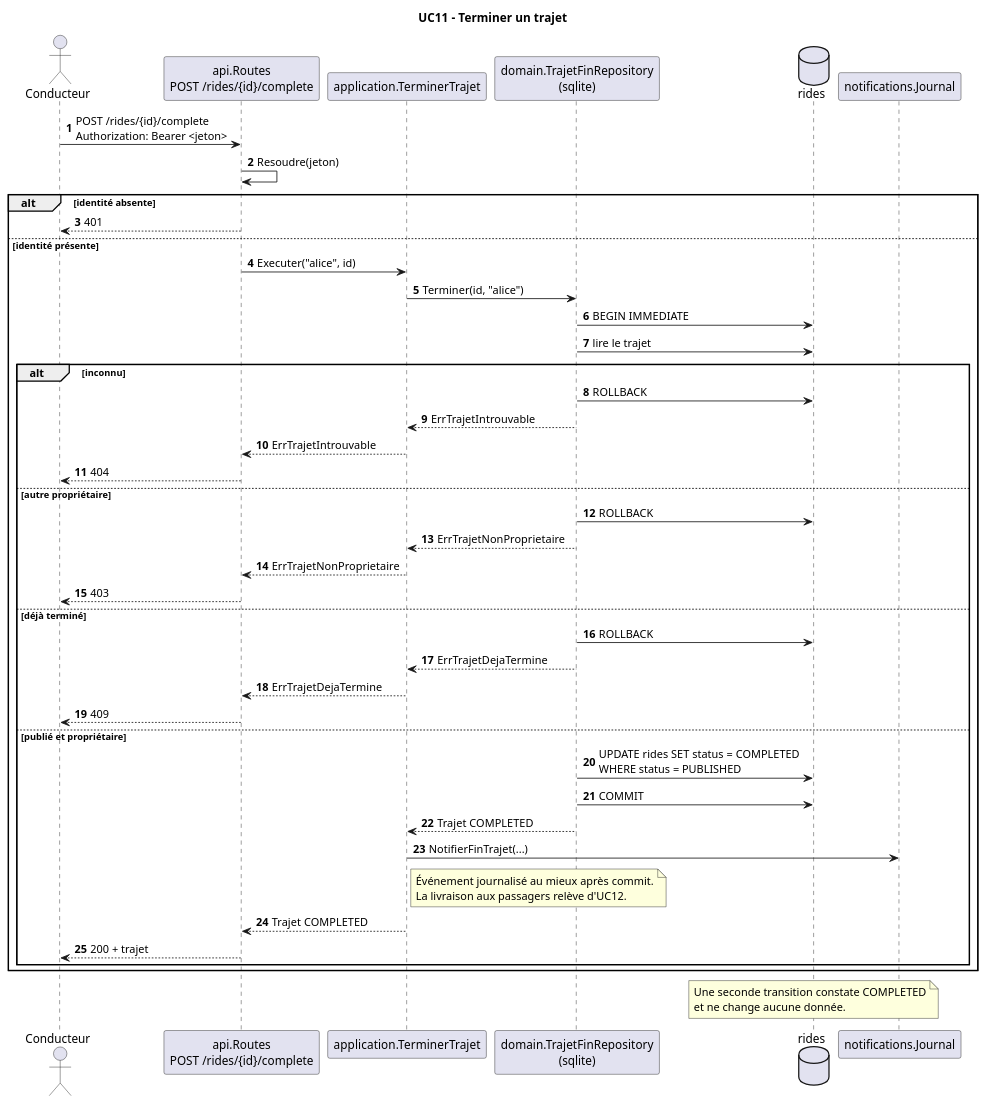
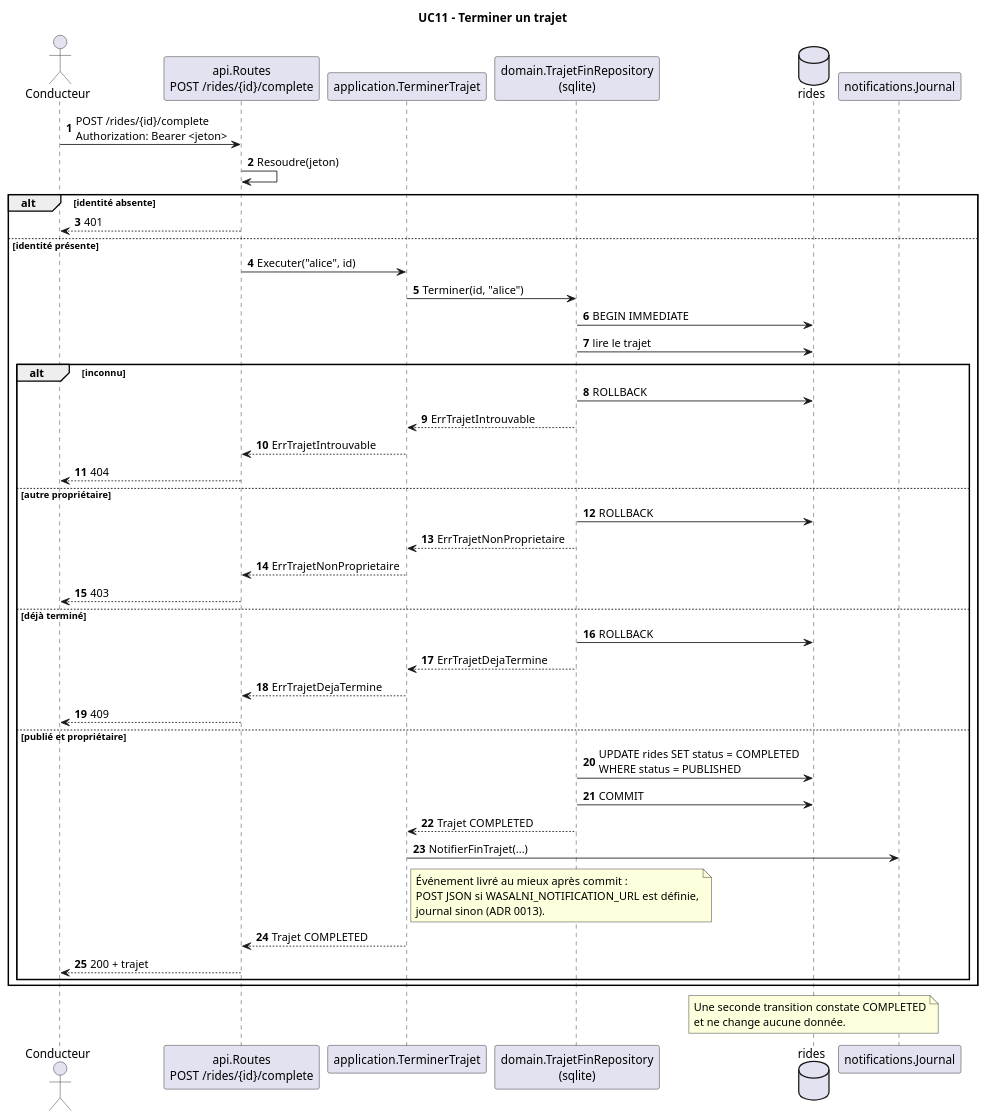
Before and after one commit to alaa-ilehi/Wasalni: the diagram in docs/uml/uc11-sequence.puml, drawn with PlantUML. The commit also changed 13 other files, not shown here.

```diff
--- a/docs/uml/uc11-sequence.puml
+++ b/docs/uml/uc11-sequence.puml
@@ -1,54 +1,55 @@
 @startuml uc11-sequence
 title UC11 - Terminer un trajet
 autonumber
 
 actor "Conducteur" as Conducteur
 participant "api.Routes\nPOST /rides/{id}/complete" as API
 participant "application.TerminerTrajet" as UC
 participant "domain.TrajetFinRepository\n(sqlite)" as Trajets
 database "rides" as DB
 participant "notifications.Journal" as Notif
 
 Conducteur -> API : POST /rides/{id}/complete\nAuthorization: Bearer <jeton>
 API -> API : Resoudre(jeton)
 alt identité absente
   API --> Conducteur : 401
 else identité présente
   API -> UC : Executer("alice", id)
   UC -> Trajets : Terminer(id, "alice")
   Trajets -> DB : BEGIN IMMEDIATE
   Trajets -> DB : lire le trajet
   alt inconnu
     Trajets -> DB : ROLLBACK
     Trajets --> UC : ErrTrajetIntrouvable
     UC --> API : ErrTrajetIntrouvable
     API --> Conducteur : 404
   else autre propriétaire
     Trajets -> DB : ROLLBACK
     Trajets --> UC : ErrTrajetNonProprietaire
     UC --> API : ErrTrajetNonProprietaire
     API --> Conducteur : 403
   else déjà terminé
     Trajets -> DB : ROLLBACK
     Trajets --> UC : ErrTrajetDejaTermine
     UC --> API : ErrTrajetDejaTermine
     API --> Conducteur : 409
   else publié et propriétaire
     Trajets -> DB : UPDATE rides SET status = COMPLETED\nWHERE status = PUBLISHED
     Trajets -> DB : COMMIT
     Trajets --> UC : Trajet COMPLETED
     UC -> Notif : NotifierFinTrajet(...)
     note right of UC
-      Événement journalisé au mieux après commit.
-      La livraison aux passagers relève d'UC12.
+      Événement livré au mieux après commit :
+      POST JSON si WASALNI_NOTIFICATION_URL est définie,
+      journal sinon (ADR 0013).
     end note
     UC --> API : Trajet COMPLETED
     API --> Conducteur : 200 + trajet
   end
 end
 
 note over DB
   Une seconde transition constate COMPLETED
   et ne change aucune donnée.
 end note
 @enduml
```
